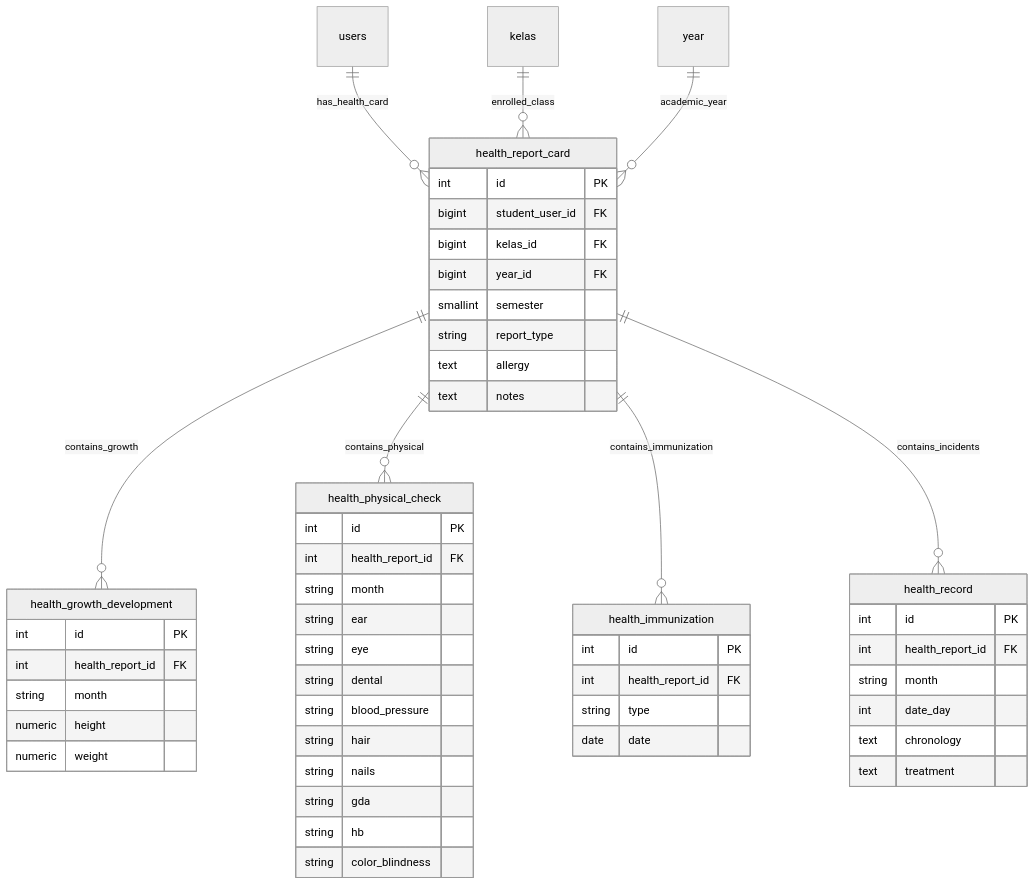
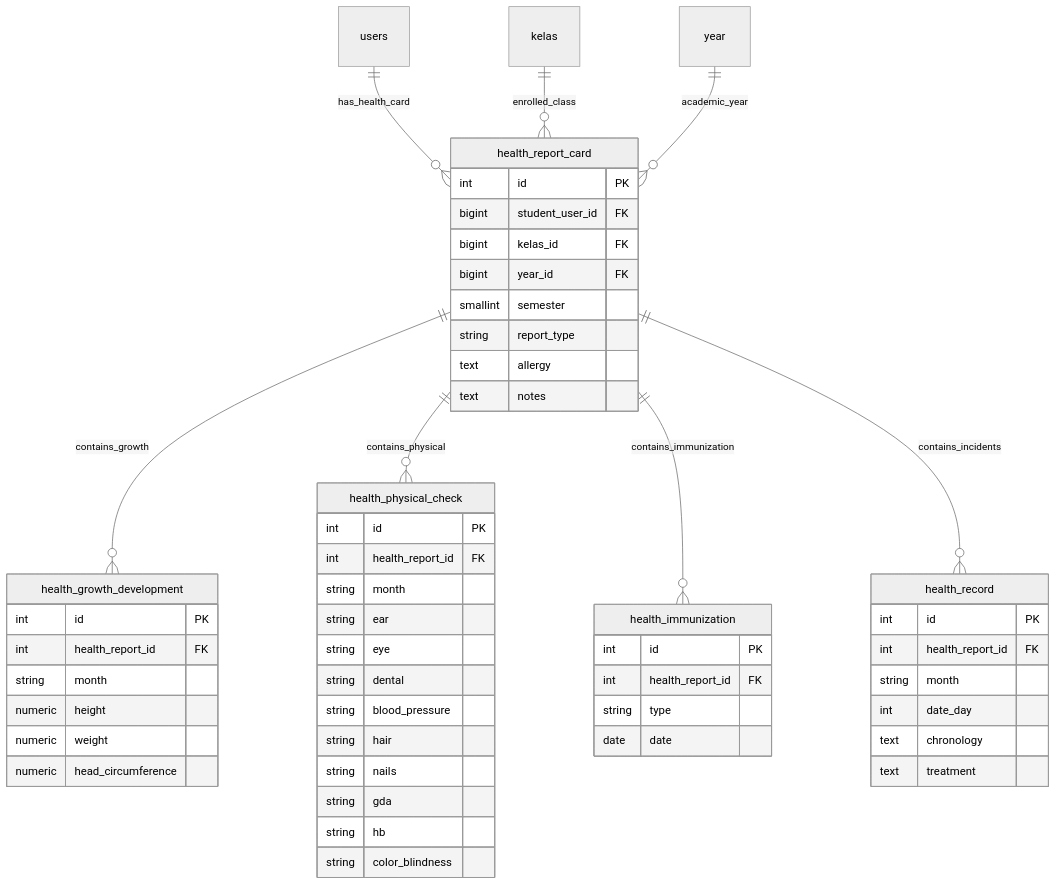
Before and after one commit to hanskristianw/school-admin: diagram 14 of 14 in DATABASE_SCHEMA.md, drawn with Mermaid (neutral theme). The commit also changed other lines of this file and 22 other files, not shown here.

````diff
--- a/DATABASE_SCHEMA.md
+++ b/DATABASE_SCHEMA.md
@@ -2673,60 +2677,61 @@
 ```mermaid
 erDiagram
     users ||--o{ health_report_card : "has_health_card"
     kelas ||--o{ health_report_card : "enrolled_class"
     year ||--o{ health_report_card : "academic_year"
     health_report_card ||--o{ health_growth_development : "contains_growth"
     health_report_card ||--o{ health_physical_check : "contains_physical"
     health_report_card ||--o{ health_immunization : "contains_immunization"
     health_report_card ||--o{ health_record : "contains_incidents"
 
     health_report_card {
         int id PK
         bigint student_user_id FK
         bigint kelas_id FK
         bigint year_id FK
         smallint semester
         string report_type
         text allergy
         text notes
     }
 
     health_growth_development {
         int id PK
         int health_report_id FK
         string month
         numeric height
         numeric weight
+        numeric head_circumference
     }
 
     health_physical_check {
         int id PK
         int health_report_id FK
         string month
         string ear
         string eye
         string dental
         string blood_pressure
         string hair
         string nails
         string gda
         string hb
         string color_blindness
     }
 
     health_immunization {
         int id PK
         int health_report_id FK
         string type
         date date
     }
 
     health_record {
         int id PK
         int health_report_id FK
         string month
         int date_day
         text chronology
         text treatment
     }
 ```
````
